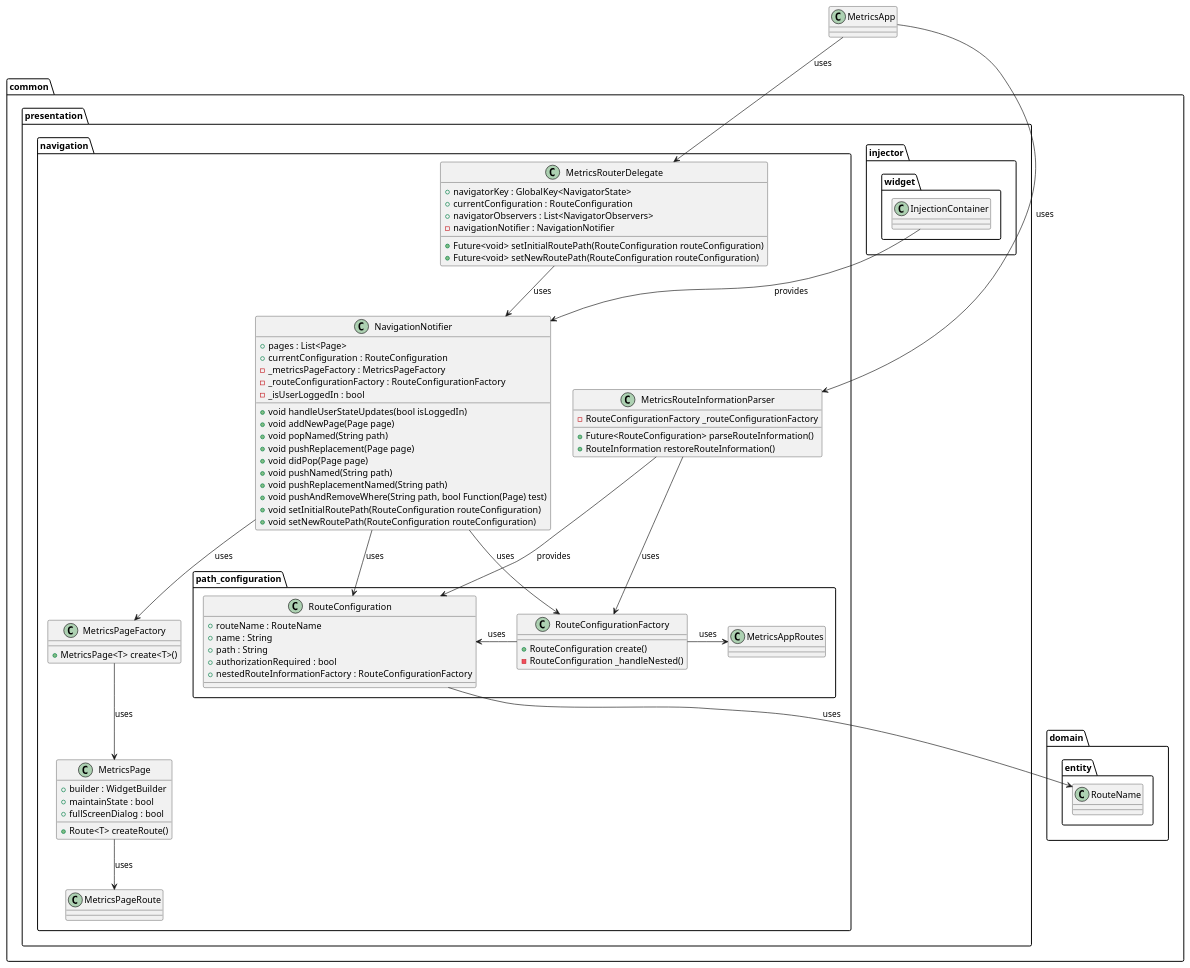
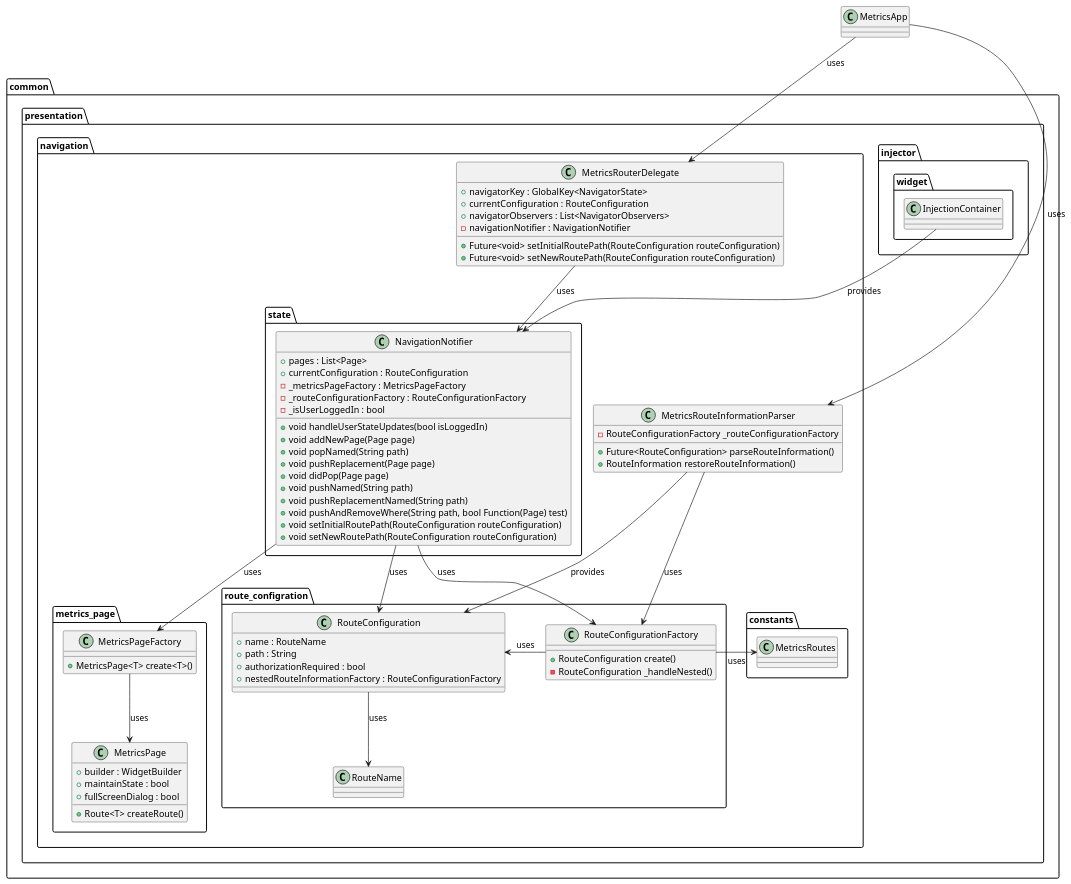
Before and after one commit to Flank/flank-dashboard: the diagram in metrics/web/docs/features/navigation/diagrams/navigation_class_diagram.puml, drawn with PlantUML. The commit also changed 3 other files, not shown here.

Commit message:
Fix diagrams and docs

```diff
--- a/metrics/web/docs/features/navigation/diagrams/navigation_class_diagram.puml
+++ b/metrics/web/docs/features/navigation/diagrams/navigation_class_diagram.puml
@@ -1,96 +1,105 @@
 @startuml navigation_class_diagram
 
 class MetricsApp {}
 
+package common.presentation {
 
-
-package common.domain.entity {
-    class RouteName {}
-}
-
-package common.presentation {
     package injector.widget {
         class InjectionContainer {}
     }
 
-package navigation {
-        package path_configuration {
+    package navigation {
+
+        package route_configration {
+            class RouteName {
+            }
+
             class RouteConfiguration {
-                + routeName : RouteName
-                + name : String
+                + name : RouteName
                 + path : String
                 + authorizationRequired : bool
                 + nestedRouteInformationFactory : RouteConfigurationFactory
             }
+
             class RouteConfigurationFactory {
                 + RouteConfiguration create()
                 - RouteConfiguration _handleNested()
             }
-            class MetricsAppRoutes {}
         }
         class MetricsRouteInformationParser {
             - RouteConfigurationFactory _routeConfigurationFactory
             + Future<RouteConfiguration> parseRouteInformation()
             + RouteInformation restoreRouteInformation()
         }
         class MetricsRouterDelegate {
             + navigatorKey : GlobalKey<NavigatorState>
             + currentConfiguration : RouteConfiguration
             + navigatorObservers : List<NavigatorObservers>
             - navigationNotifier : NavigationNotifier
             + Future<void> setInitialRoutePath(RouteConfiguration routeConfiguration)
             + Future<void> setNewRoutePath(RouteConfiguration routeConfiguration)
         }
-        class NavigationNotifier {
-            + pages : List<Page>
-            + currentConfiguration : RouteConfiguration
-            - _metricsPageFactory : MetricsPageFactory
-            - _routeConfigurationFactory : RouteConfigurationFactory
-            - _isUserLoggedIn : bool
-            + void handleUserStateUpdates(bool isLoggedIn)
-            + void addNewPage(Page page)
-            + void popNamed(String path)
-            + void pushReplacement(Page page)
-            + void didPop(Page page)
-            + void pushNamed(String path)
-            + void pushReplacementNamed(String path)
-            + void pushAndRemoveWhere(String path, bool Function(Page) test)
-            + void setInitialRoutePath(RouteConfiguration routeConfiguration)
-            + void setNewRoutePath(RouteConfiguration routeConfiguration)
+
+        package constants {
+            class MetricsRoutes {}
         }
-        class MetricsPageFactory{
-            + MetricsPage<T> create<T>()
+
+        package state {
+            class NavigationNotifier {
+                + pages : List<Page>
+                + currentConfiguration : RouteConfiguration
+                - _metricsPageFactory : MetricsPageFactory
+                - _routeConfigurationFactory : RouteConfigurationFactory
+                - _isUserLoggedIn : bool
+                + void handleUserStateUpdates(bool isLoggedIn)
+                + void addNewPage(Page page)
+                + void popNamed(String path)
+                + void pushReplacement(Page page)
+                + void didPop(Page page)
+                + void pushNamed(String path)
+                + void pushReplacementNamed(String path)
+                + void pushAndRemoveWhere(String path, bool Function(Page) test)
+                + void setInitialRoutePath(RouteConfiguration routeConfiguration)
+                + void setNewRoutePath(RouteConfiguration routeConfiguration)
+            }
         }
-        class MetricsPage {
-            + builder : WidgetBuilder
-            + maintainState : bool
-            + fullScreenDialog : bool
-            + Route<T> createRoute()
+
+
+        package metrics_page {
+            class MetricsPageFactory {
+                + MetricsPage<T> create<T>()
+            }
+
+            class MetricsPage {
+                + builder : WidgetBuilder
+                + maintainState : bool
+                + fullScreenDialog : bool
+                + Route<T> createRoute()
+            }
         }
-        class MetricsPageRoute {} 
+
     }
 }
 
 InjectionContainer --> NavigationNotifier : provides
 
 MetricsApp --> MetricsRouteInformationParser :uses
 MetricsApp --> MetricsRouterDelegate : uses
 
 MetricsRouteInformationParser --> RouteConfiguration : provides
 MetricsRouteInformationParser --> RouteConfigurationFactory : uses
 
 RouteConfiguration --> RouteName : uses
 
 RouteConfigurationFactory -> RouteConfiguration : uses
-RouteConfigurationFactory -> MetricsAppRoutes : uses
+RouteConfigurationFactory -> MetricsRoutes : uses
 
 MetricsRouterDelegate --> NavigationNotifier : uses
 
 NavigationNotifier --> RouteConfigurationFactory : uses
 NavigationNotifier --> RouteConfiguration : uses
 NavigationNotifier --> MetricsPageFactory : uses
 
 MetricsPageFactory --> MetricsPage : uses
-MetricsPage --> MetricsPageRoute : uses
 
 @enduml
```
